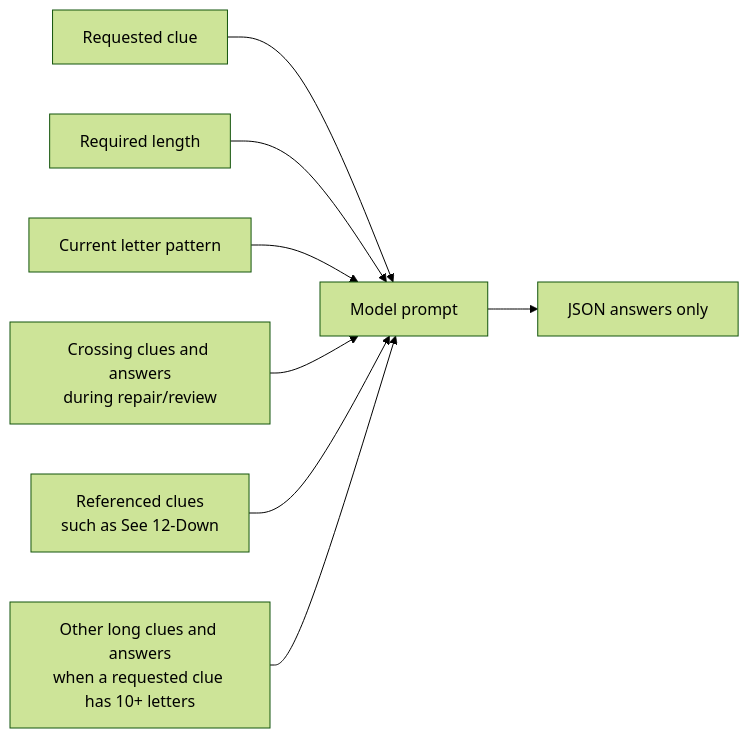
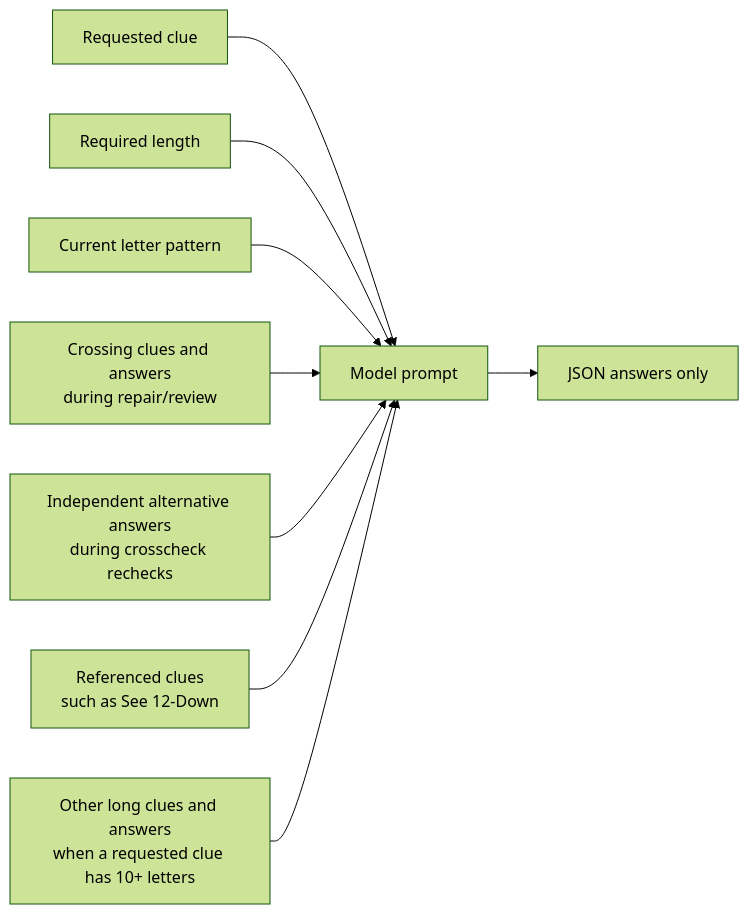
Before and after one commit to ChangYeongJeong1103/crossword-ai-agent: the third of 4 diagrams in ARCHITECTURE.md, drawn with Mermaid (forest theme). The commit also changed other lines of this file and 114 other files, not shown here.

````diff
--- a/ARCHITECTURE.md
+++ b/ARCHITECTURE.md
@@ -117,10 +138,11 @@
 ```mermaid
 flowchart LR
   A["Requested clue"] --> P["Model prompt"]
   B["Required length"] --> P
   C["Current letter pattern"] --> P
   D["Crossing clues and answers<br/>during repair/review"] --> P
+  H["Independent alternative answers<br/>during crosscheck rechecks"] --> P
   E["Referenced clues<br/>such as See 12-Down"] --> P
   F["Other long clues and answers<br/>when a requested clue has 10+ letters"] --> P
   P --> G["JSON answers only"]
 ```
````
